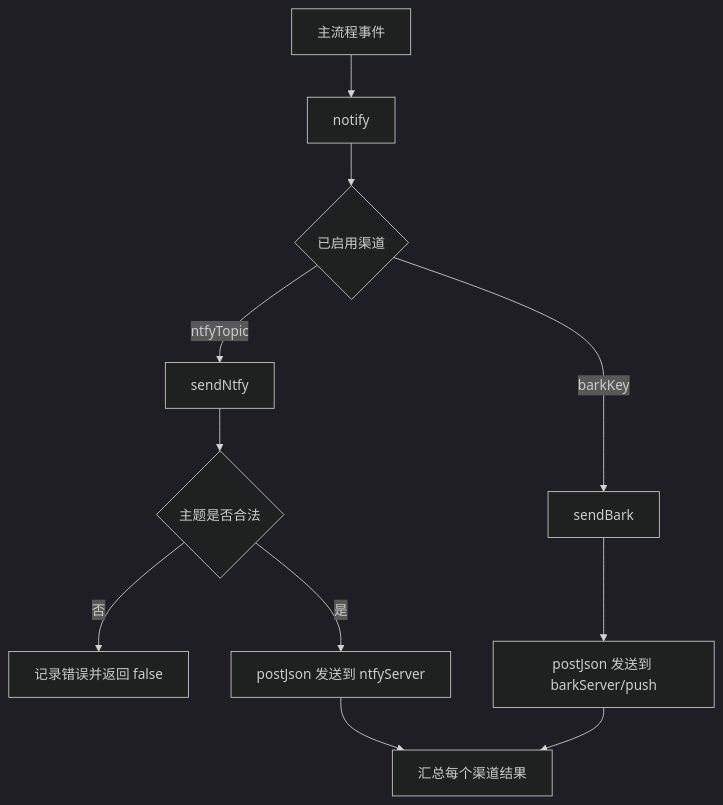
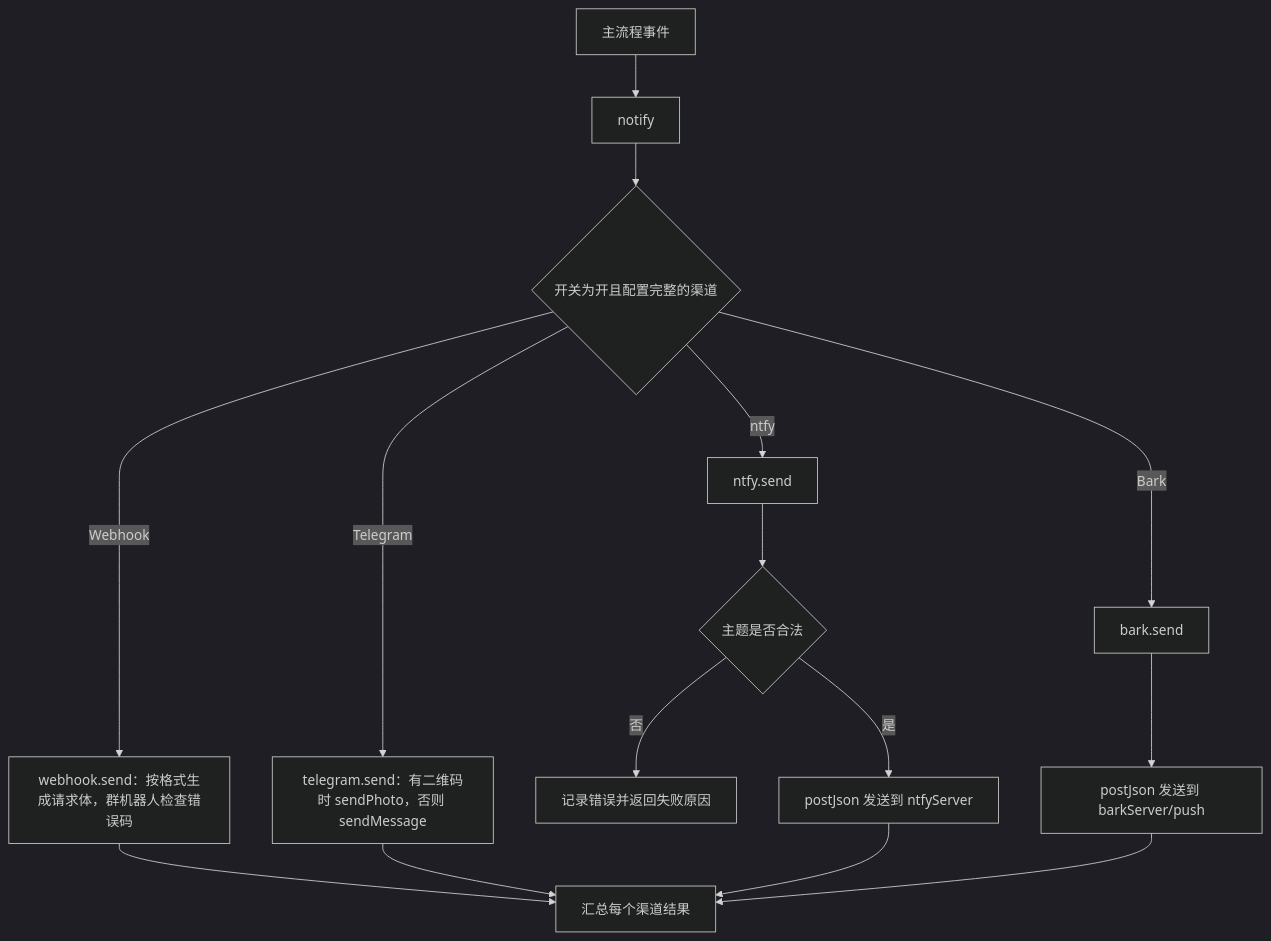
The diagram in docs/notifications.md (lonemoonspace/Weread-Assistant), drawn with Mermaid (dark theme) before and after one commit. The commit also changed other lines of this file and 4 other files, not shown here.

First line of the commit message:
docs(notify): 说明 Webhook、Telegram 与按账号开关

````diff
--- a/docs/notifications.md
+++ b/docs/notifications.md
@@ -74,13 +125,17 @@
 ```mermaid
 flowchart TD
   A[主流程事件] --> B[notify]
-  B --> C{已启用渠道}
-  C -->|barkKey| D[sendBark]
-  C -->|ntfyTopic| E[sendNtfy]
+  B --> C{开关为开且配置完整的渠道}
+  C -->|Bark| D[bark.send]
+  C -->|ntfy| E[ntfy.send]
+  C -->|Webhook| W[webhook.send：按格式生成请求体，群机器人检查错误码]
+  C -->|Telegram| T[telegram.send：有二维码时 sendPhoto，否则 sendMessage]
+  W --> J
+  T --> J
   E --> F{主题是否合法}
-  F -->|否| G[记录错误并返回 false]
+  F -->|否| G[记录错误并返回失败原因]
   F -->|是| H[postJson 发送到 ntfyServer]
   D --> I[postJson 发送到 barkServer/push]
   H --> J[汇总每个渠道结果]
   I --> J
 ```
````
